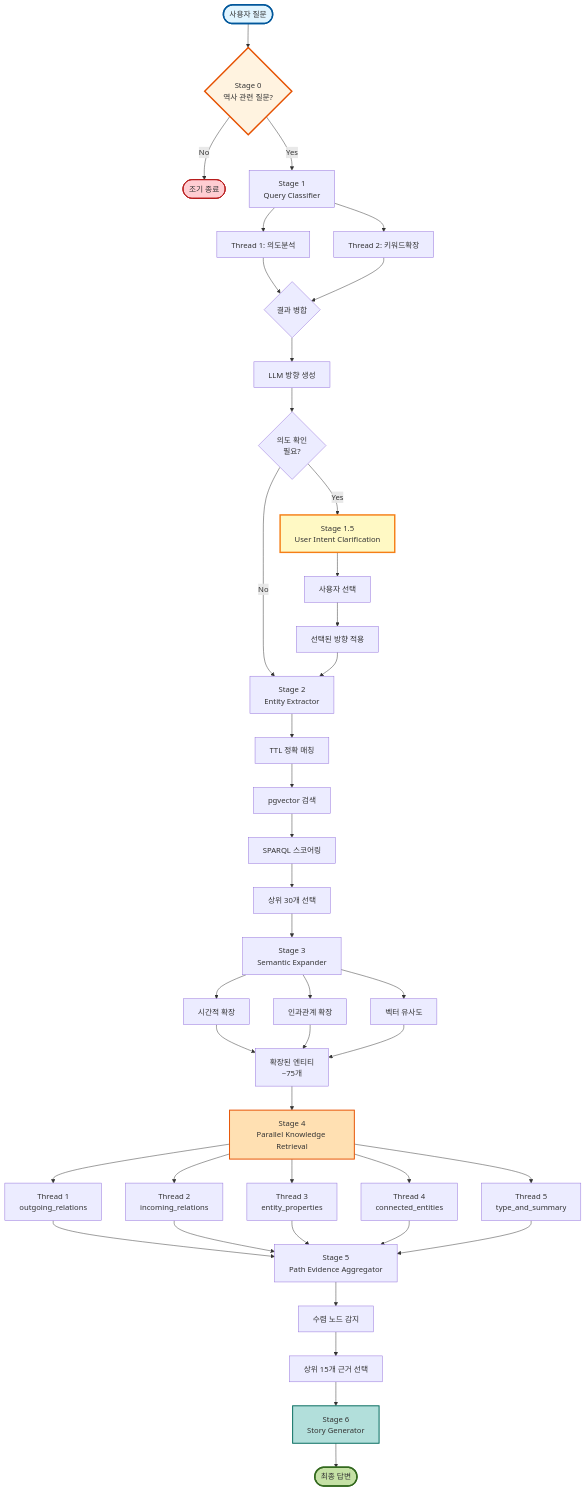
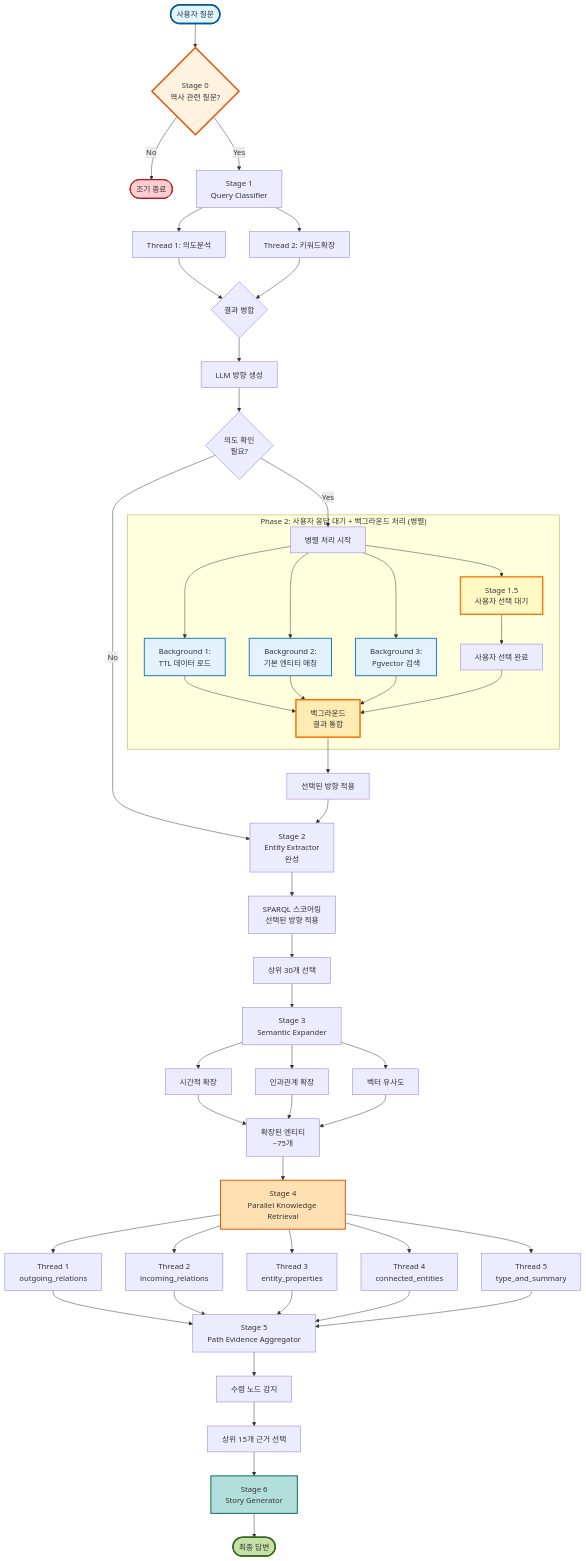
One commit to SKNETWORKS-FAMILY-AICAMP/SKN18-FINAL-3TEAM changed the second of 3 diagrams in backend/langgraph_fuseki/docs/README.md. Above: the diagram before and after it, drawn with Mermaid. The commit also changed other lines of this file and 20 other files, not shown here.

````diff
--- a/backend/langgraph_fuseki/docs/README.md
+++ b/backend/langgraph_fuseki/docs/README.md
@@ -123,67 +123,82 @@
 ```mermaid
-graph TD
+graph TB
     Start([사용자 질문]) --> HistCheck{Stage 0<br/>역사 관련 질문?}
 
     HistCheck -->|No| Exit([조기 종료])
     HistCheck -->|Yes| Classifier[Stage 1<br/>Query Classifier]
 
     Classifier --> Thread1[Thread 1: 의도분석]
     Classifier --> Thread2[Thread 2: 키워드확장]
 
     Thread1 --> Merge{결과 병합}
     Thread2 --> Merge
 
     Merge --> DirectionGen[LLM 방향 생성]
     DirectionGen --> IntentCheck{의도 확인<br/>필요?}
 
-    IntentCheck -->|Yes| Clarification[Stage 1.5<br/>User Intent Clarification]
+    IntentCheck -->|Yes| ParallelPhase[병렬 처리 시작]
     IntentCheck -->|No| Extractor
 
-    Clarification --> UserSelect[사용자 선택]
-    UserSelect --> DirectionApply[선택된 방향 적용]
-    DirectionApply --> Extractor[Stage 2<br/>Entity Extractor]
+    subgraph "Phase 2: 사용자 응답 대기 + 백그라운드 처리 (병렬)"
+        ParallelPhase --> Clarification[Stage 1.5<br/>사용자 선택 대기]
+        ParallelPhase --> BG1[Background 1:<br/>TTL 데이터 로드]
+        ParallelPhase --> BG2[Background 2:<br/>기본 엔티티 매칭]
+        ParallelPhase --> BG3[Background 3:<br/>Pgvector 검색]
 
-    Extractor --> TTL[TTL 정확 매칭]
-    TTL --> PGVector[pgvector 검색]
-    PGVector --> Scoring[SPARQL 스코어링]
+        Clarification --> UserSelect[사용자 선택 완료]
+        BG1 --> Integration[백그라운드<br/>결과 통합]
+        BG2 --> Integration
+        BG3 --> Integration
+
+        UserSelect --> Integration
+    end
+
+    Integration --> DirectionApply[선택된 방향 적용]
+    DirectionApply --> Extractor[Stage 2<br/>Entity Extractor<br/>완성]
+
+    Extractor --> Scoring[SPARQL 스코어링<br/>선택된 방향 적용]
     Scoring --> Top30[상위 30개 선택]
 
     Top30 --> Expander[Stage 3<br/>Semantic Expander]
 
     Expander --> Temporal[시간적 확장]
     Expander --> Causal[인과관계 확장]
     Expander --> Vector[벡터 유사도]
 
     Temporal --> Expanded[확장된 엔티티<br/>~75개]
     Causal --> Expanded
     Vector --> Expanded
 
     Expanded --> Parallel[Stage 4<br/>Parallel Knowledge Retrieval]
 
     Parallel --> T1[Thread 1<br/>outgoing_relations]
     Parallel --> T2[Thread 2<br/>incoming_relations]
     Parallel --> T3[Thread 3<br/>entity_properties]
     Parallel --> T4[Thread 4<br/>connected_entities]
     Parallel --> T5[Thread 5<br/>type_and_summary]
 
     T1 --> PathAgg[Stage 5<br/>Path Evidence Aggregator]
     T2 --> PathAgg
     T3 --> PathAgg
     T4 --> PathAgg
     T5 --> PathAgg
 
     PathAgg --> Convergence[수렴 노드 감지]
     Convergence --> Top15[상위 15개 근거 선택]
 
     Top15 --> Generator[Stage 6<br/>Story Generator]
 
     Generator --> Answer([최종 답변])
 
     style Start fill:#e1f5ff,stroke:#01579b,stroke-width:3px
     style HistCheck fill:#fff3e0,stroke:#e65100,stroke-width:3px
     style Clarification fill:#fff9c4,stroke:#f57f17,stroke-width:3px
+    style BG1 fill:#e3f2fd,stroke:#1976d2,stroke-width:2px
+    style BG2 fill:#e3f2fd,stroke:#1976d2,stroke-width:2px
+    style BG3 fill:#e3f2fd,stroke:#1976d2,stroke-width:2px
+    style Integration fill:#ffecb3,stroke:#ff6f00,stroke-width:3px
     style Parallel fill:#ffe0b2,stroke:#e65100,stroke-width:2px
     style Generator fill:#b2dfdb,stroke:#00695c,stroke-width:2px
     style Answer fill:#c5e1a5,stroke:#33691e,stroke-width:3px
     style Exit fill:#ffcdd2,stroke:#b71c1c,stroke-width:2px
 ```
````
